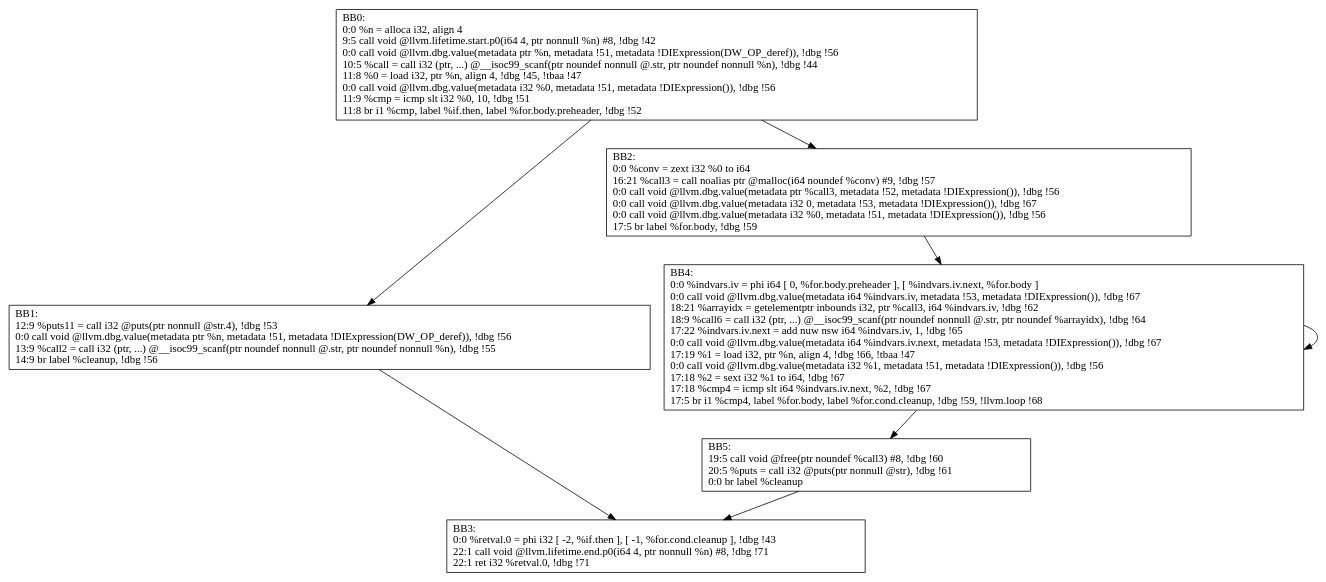
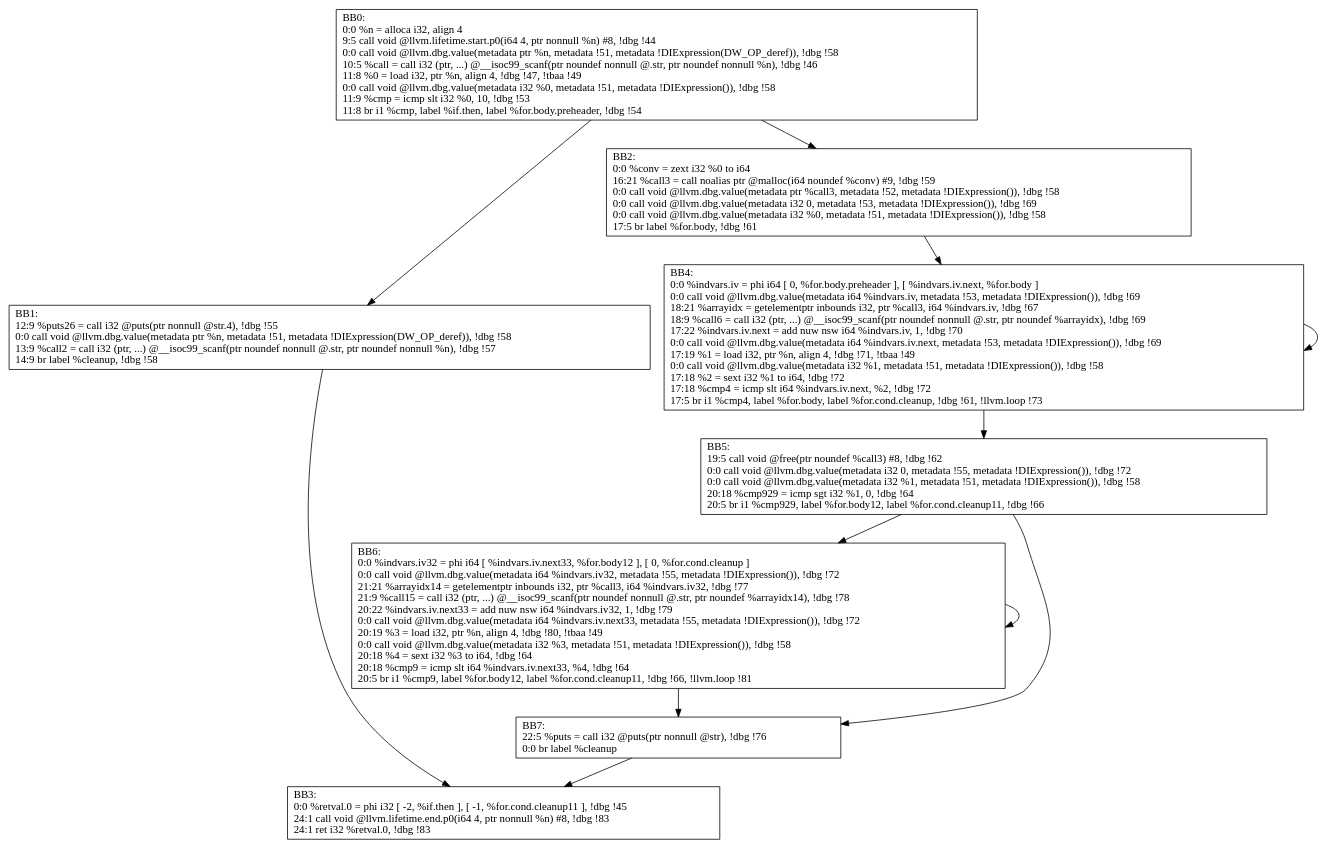
The diagram in output/demo1.ll_usep_CFG.dot (M-ouse/FinalDesign), drawn with Graphviz before and after one commit. The commit also changed 10 other files, not shown here.

```diff
--- a/output/demo1.ll_usep_CFG.dot
+++ b/output/demo1.ll_usep_CFG.dot
@@ -1,15 +1,21 @@
 digraph "CFG for'usep' function" {
 	BB0-> BB1;
 	BB0-> BB2;
 	BB1-> BB3;
 	BB2-> BB4;
 	BB4-> BB4;
 	BB4-> BB5;
-	BB5-> BB3;
-	BB0 [shape=record, label="{BB0:\l0:0   %n = alloca i32, align 4\l 9:5   call void @llvm.lifetime.start.p0(i64 4, ptr nonnull %n) #8, !dbg !42\l 0:0   call void @llvm.dbg.value(metadata ptr %n, metadata !51, metadata !DIExpression(DW_OP_deref)), !dbg !56\l 10:5   %call = call i32 (ptr, ...) @__isoc99_scanf(ptr noundef nonnull @.str, ptr noundef nonnull %n), !dbg !44\l 11:8   %0 = load i32, ptr %n, align 4, !dbg !45, !tbaa !47\l 0:0   call void @llvm.dbg.value(metadata i32 %0, metadata !51, metadata !DIExpression()), !dbg !56\l 11:9   %cmp = icmp slt i32 %0, 10, !dbg !51\l 11:8   br i1 %cmp, label %if.then, label %for.body.preheader, !dbg !52\l }"];
-	BB1 [shape=record, label="{BB1:\l12:9   %puts11 = call i32 @puts(ptr nonnull @str.4), !dbg !53\l 0:0   call void @llvm.dbg.value(metadata ptr %n, metadata !51, metadata !DIExpression(DW_OP_deref)), !dbg !56\l 13:9   %call2 = call i32 (ptr, ...) @__isoc99_scanf(ptr noundef nonnull @.str, ptr noundef nonnull %n), !dbg !55\l 14:9   br label %cleanup, !dbg !56\l }"];
-	BB2 [shape=record, label="{BB2:\l0:0   %conv = zext i32 %0 to i64\l 16:21   %call3 = call noalias ptr @malloc(i64 noundef %conv) #9, !dbg !57\l 0:0   call void @llvm.dbg.value(metadata ptr %call3, metadata !52, metadata !DIExpression()), !dbg !56\l 0:0   call void @llvm.dbg.value(metadata i32 0, metadata !53, metadata !DIExpression()), !dbg !67\l 0:0   call void @llvm.dbg.value(metadata i32 %0, metadata !51, metadata !DIExpression()), !dbg !56\l 17:5   br label %for.body, !dbg !59\l }"];
-	BB3 [shape=record, label="{BB3:\l0:0   %retval.0 = phi i32 [ -2, %if.then ], [ -1, %for.cond.cleanup ], !dbg !43\l 22:1   call void @llvm.lifetime.end.p0(i64 4, ptr nonnull %n) #8, !dbg !71\l 22:1   ret i32 %retval.0, !dbg !71\l }"];
-	BB4 [shape=record, label="{BB4:\l0:0   %indvars.iv = phi i64 [ 0, %for.body.preheader ], [ %indvars.iv.next, %for.body ]\l 0:0   call void @llvm.dbg.value(metadata i64 %indvars.iv, metadata !53, metadata !DIExpression()), !dbg !67\l 18:21   %arrayidx = getelementptr inbounds i32, ptr %call3, i64 %indvars.iv, !dbg !62\l 18:9   %call6 = call i32 (ptr, ...) @__isoc99_scanf(ptr noundef nonnull @.str, ptr noundef %arrayidx), !dbg !64\l 17:22   %indvars.iv.next = add nuw nsw i64 %indvars.iv, 1, !dbg !65\l 0:0   call void @llvm.dbg.value(metadata i64 %indvars.iv.next, metadata !53, metadata !DIExpression()), !dbg !67\l 17:19   %1 = load i32, ptr %n, align 4, !dbg !66, !tbaa !47\l 0:0   call void @llvm.dbg.value(metadata i32 %1, metadata !51, metadata !DIExpression()), !dbg !56\l 17:18   %2 = sext i32 %1 to i64, !dbg !67\l 17:18   %cmp4 = icmp slt i64 %indvars.iv.next, %2, !dbg !67\l 17:5   br i1 %cmp4, label %for.body, label %for.cond.cleanup, !dbg !59, !llvm.loop !68\l }"];
-	BB5 [shape=record, label="{BB5:\l19:5   call void @free(ptr noundef %call3) #8, !dbg !60\l 20:5   %puts = call i32 @puts(ptr nonnull @str), !dbg !61\l 0:0   br label %cleanup\l }"];
+	BB5-> BB6;
+	BB5-> BB7;
+	BB6-> BB6;
+	BB6-> BB7;
+	BB7-> BB3;
+	BB0 [shape=record, label="{BB0:\l0:0   %n = alloca i32, align 4\l 9:5   call void @llvm.lifetime.start.p0(i64 4, ptr nonnull %n) #8, !dbg !44\l 0:0   call void @llvm.dbg.value(metadata ptr %n, metadata !51, metadata !DIExpression(DW_OP_deref)), !dbg !58\l 10:5   %call = call i32 (ptr, ...) @__isoc99_scanf(ptr noundef nonnull @.str, ptr noundef nonnull %n), !dbg !46\l 11:8   %0 = load i32, ptr %n, align 4, !dbg !47, !tbaa !49\l 0:0   call void @llvm.dbg.value(metadata i32 %0, metadata !51, metadata !DIExpression()), !dbg !58\l 11:9   %cmp = icmp slt i32 %0, 10, !dbg !53\l 11:8   br i1 %cmp, label %if.then, label %for.body.preheader, !dbg !54\l }"];
+	BB1 [shape=record, label="{BB1:\l12:9   %puts26 = call i32 @puts(ptr nonnull @str.4), !dbg !55\l 0:0   call void @llvm.dbg.value(metadata ptr %n, metadata !51, metadata !DIExpression(DW_OP_deref)), !dbg !58\l 13:9   %call2 = call i32 (ptr, ...) @__isoc99_scanf(ptr noundef nonnull @.str, ptr noundef nonnull %n), !dbg !57\l 14:9   br label %cleanup, !dbg !58\l }"];
+	BB2 [shape=record, label="{BB2:\l0:0   %conv = zext i32 %0 to i64\l 16:21   %call3 = call noalias ptr @malloc(i64 noundef %conv) #9, !dbg !59\l 0:0   call void @llvm.dbg.value(metadata ptr %call3, metadata !52, metadata !DIExpression()), !dbg !58\l 0:0   call void @llvm.dbg.value(metadata i32 0, metadata !53, metadata !DIExpression()), !dbg !69\l 0:0   call void @llvm.dbg.value(metadata i32 %0, metadata !51, metadata !DIExpression()), !dbg !58\l 17:5   br label %for.body, !dbg !61\l }"];
+	BB3 [shape=record, label="{BB3:\l0:0   %retval.0 = phi i32 [ -2, %if.then ], [ -1, %for.cond.cleanup11 ], !dbg !45\l 24:1   call void @llvm.lifetime.end.p0(i64 4, ptr nonnull %n) #8, !dbg !83\l 24:1   ret i32 %retval.0, !dbg !83\l }"];
+	BB4 [shape=record, label="{BB4:\l0:0   %indvars.iv = phi i64 [ 0, %for.body.preheader ], [ %indvars.iv.next, %for.body ]\l 0:0   call void @llvm.dbg.value(metadata i64 %indvars.iv, metadata !53, metadata !DIExpression()), !dbg !69\l 18:21   %arrayidx = getelementptr inbounds i32, ptr %call3, i64 %indvars.iv, !dbg !67\l 18:9   %call6 = call i32 (ptr, ...) @__isoc99_scanf(ptr noundef nonnull @.str, ptr noundef %arrayidx), !dbg !69\l 17:22   %indvars.iv.next = add nuw nsw i64 %indvars.iv, 1, !dbg !70\l 0:0   call void @llvm.dbg.value(metadata i64 %indvars.iv.next, metadata !53, metadata !DIExpression()), !dbg !69\l 17:19   %1 = load i32, ptr %n, align 4, !dbg !71, !tbaa !49\l 0:0   call void @llvm.dbg.value(metadata i32 %1, metadata !51, metadata !DIExpression()), !dbg !58\l 17:18   %2 = sext i32 %1 to i64, !dbg !72\l 17:18   %cmp4 = icmp slt i64 %indvars.iv.next, %2, !dbg !72\l 17:5   br i1 %cmp4, label %for.body, label %for.cond.cleanup, !dbg !61, !llvm.loop !73\l }"];
+	BB5 [shape=record, label="{BB5:\l19:5   call void @free(ptr noundef %call3) #8, !dbg !62\l 0:0   call void @llvm.dbg.value(metadata i32 0, metadata !55, metadata !DIExpression()), !dbg !72\l 0:0   call void @llvm.dbg.value(metadata i32 %1, metadata !51, metadata !DIExpression()), !dbg !58\l 20:18   %cmp929 = icmp sgt i32 %1, 0, !dbg !64\l 20:5   br i1 %cmp929, label %for.body12, label %for.cond.cleanup11, !dbg !66\l }"];
+	BB6 [shape=record, label="{BB6:\l0:0   %indvars.iv32 = phi i64 [ %indvars.iv.next33, %for.body12 ], [ 0, %for.cond.cleanup ]\l 0:0   call void @llvm.dbg.value(metadata i64 %indvars.iv32, metadata !55, metadata !DIExpression()), !dbg !72\l 21:21   %arrayidx14 = getelementptr inbounds i32, ptr %call3, i64 %indvars.iv32, !dbg !77\l 21:9   %call15 = call i32 (ptr, ...) @__isoc99_scanf(ptr noundef nonnull @.str, ptr noundef %arrayidx14), !dbg !78\l 20:22   %indvars.iv.next33 = add nuw nsw i64 %indvars.iv32, 1, !dbg !79\l 0:0   call void @llvm.dbg.value(metadata i64 %indvars.iv.next33, metadata !55, metadata !DIExpression()), !dbg !72\l 20:19   %3 = load i32, ptr %n, align 4, !dbg !80, !tbaa !49\l 0:0   call void @llvm.dbg.value(metadata i32 %3, metadata !51, metadata !DIExpression()), !dbg !58\l 20:18   %4 = sext i32 %3 to i64, !dbg !64\l 20:18   %cmp9 = icmp slt i64 %indvars.iv.next33, %4, !dbg !64\l 20:5   br i1 %cmp9, label %for.body12, label %for.cond.cleanup11, !dbg !66, !llvm.loop !81\l }"];
+	BB7 [shape=record, label="{BB7:\l22:5   %puts = call i32 @puts(ptr nonnull @str), !dbg !76\l 0:0   br label %cleanup\l }"];
 }
```
